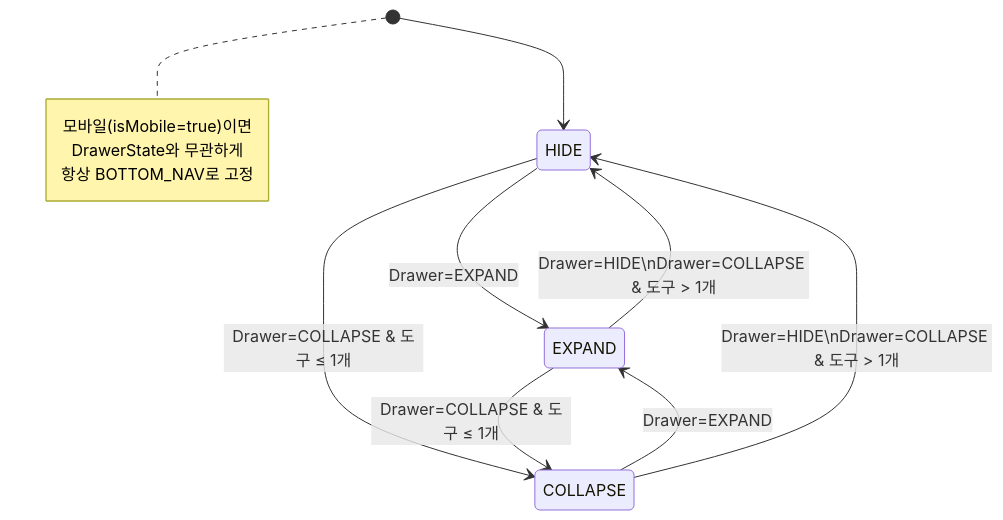
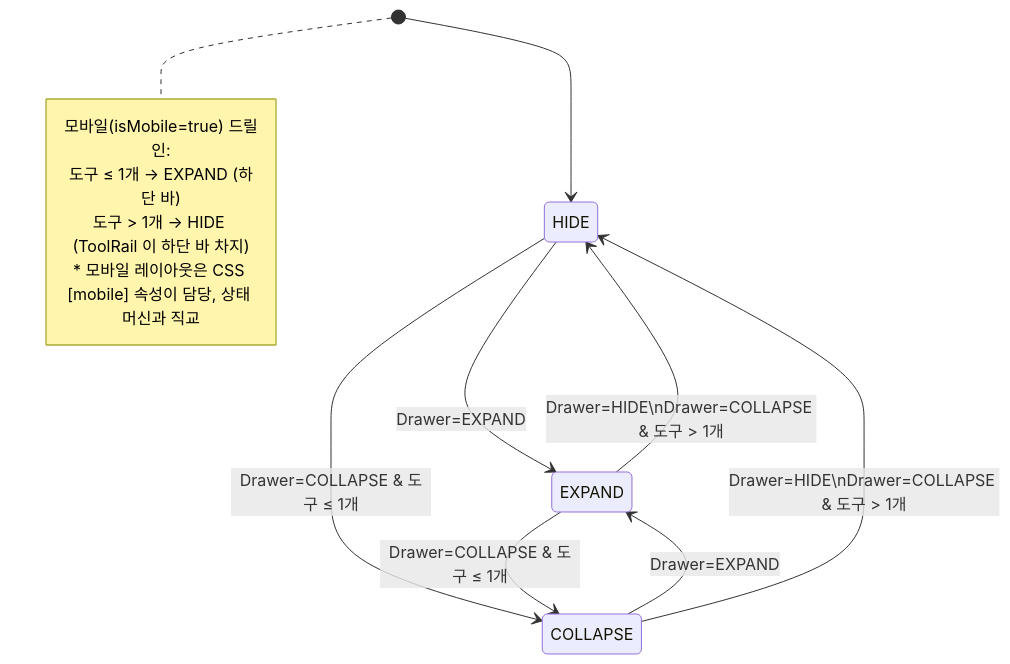
The third of 5 diagrams in shell-ui/README.md (sayaya1090/handbook), drawn with Mermaid before and after one commit. The commit also changed other lines of this file and 15 other files, not shown here.

First line of the commit message:
refactor(shell-ui): rail 상태를 visibility × [mobile] 두 축으로 분리

````diff
--- a/shell-ui/README.md
+++ b/shell-ui/README.md
@@ -119,15 +119,16 @@
 ```mermaid
 stateDiagram-v2
     [*] --> HIDE
     HIDE --> EXPAND : Drawer=EXPAND
     HIDE --> COLLAPSE : Drawer=COLLAPSE & 도구 ≤ 1개
     EXPAND --> HIDE : Drawer=HIDE\nDrawer=COLLAPSE & 도구 > 1개
     EXPAND --> COLLAPSE : Drawer=COLLAPSE & 도구 ≤ 1개
     COLLAPSE --> EXPAND : Drawer=EXPAND
     COLLAPSE --> HIDE : Drawer=HIDE\nDrawer=COLLAPSE & 도구 > 1개
     note right of [*]
-      모바일(isMobile=true)이면
-      DrawerState와 무관하게
-      항상 BOTTOM_NAV로 고정
+      모바일(isMobile=true) 드릴인:
+      도구 ≤ 1개 → EXPAND (하단 바)
+      도구 > 1개 → HIDE (ToolRail 이 하단 바 차지)
+      * 모바일 레이아웃은 CSS [mobile] 속성이 담당, 상태 머신과 직교
     end note
 ```
````
